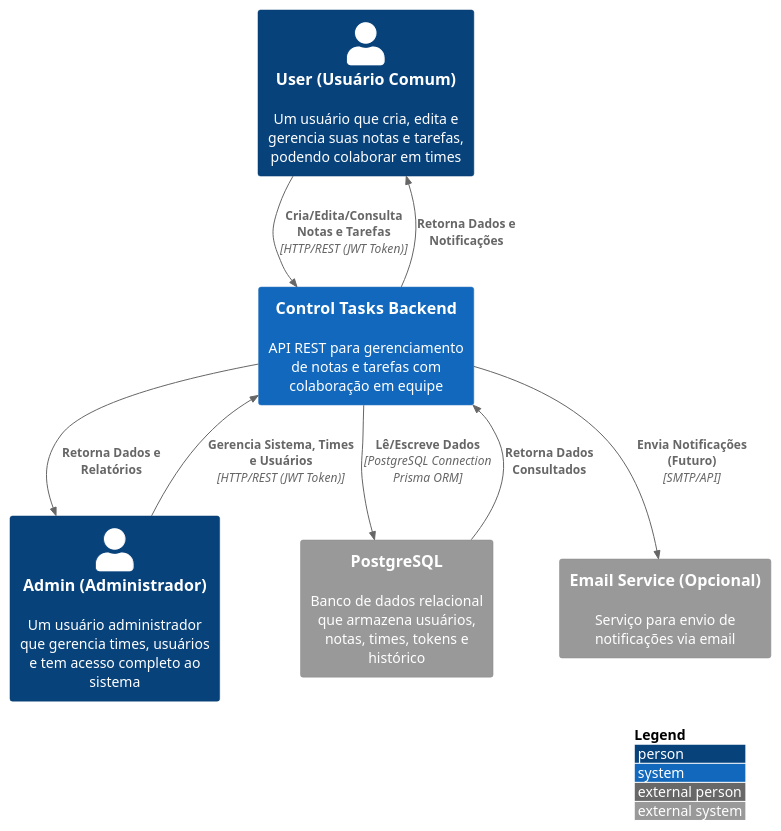
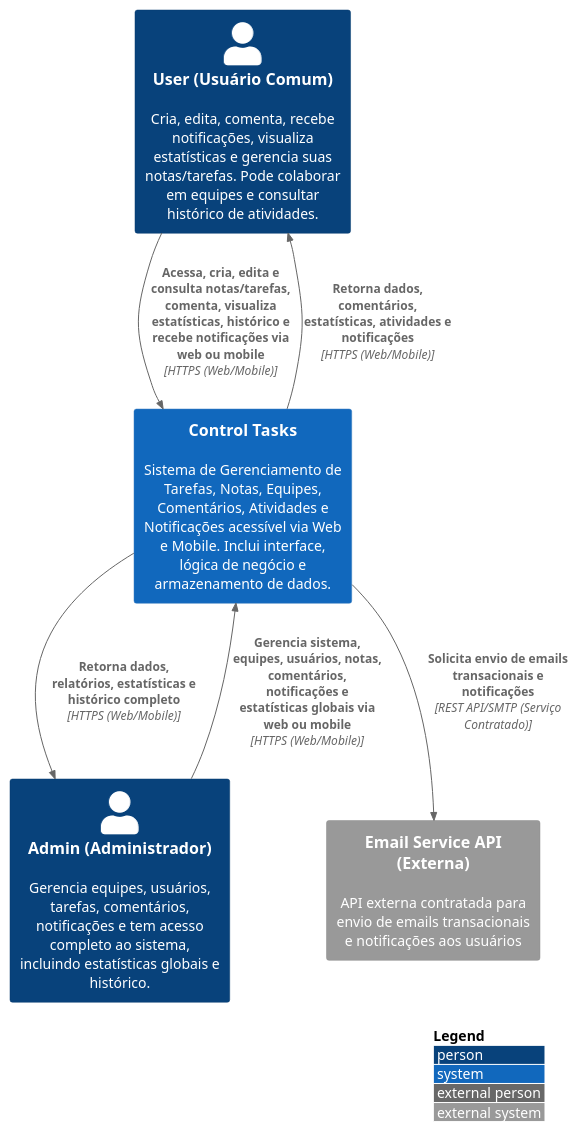
The diagram in diagramas c4/DIAGRAMA_C4_CONTEXTO.puml (juliocesarfs/tjgo-projeto-software), drawn with PlantUML before and after one commit.

Commit message:
docs: update C4 context diagram with detailed descriptions for users and systems

```diff
--- a/diagramas c4/DIAGRAMA_C4_CONTEXTO.puml
+++ b/diagramas c4/DIAGRAMA_C4_CONTEXTO.puml
@@ -1,53 +1,58 @@
 @startuml C4_Context_ControlTasks
 
 !include https://raw.githubusercontent.com/plantuml-stdlib/C4-PlantUML/master/C4_Context.puml
 
 ' ============================================================================
 ' SYSTEM CONTEXT DIAGRAM - Level 1
-' Control Tasks Backend - Sistema de Gerenciamento de Notas e Tarefas
+' Control Tasks - Sistema de Gerenciamento de Tarefas, Notas, Equipes, Comentários, Atividades e Notificações (Web e Mobile)
 ' ============================================================================
 
 LAYOUT_WITH_LEGEND()
 
 ' ============================================================================
 ' ATORES / USUÁRIOS
 ' ============================================================================
-Person(userPerson, "User (Usuário Comum)", "Um usuário que cria, edita e gerencia suas notas e tarefas, podendo colaborar em times")
+Person(userPerson, "User (Usuário Comum)", "Cria, edita, comenta, recebe notificações, visualiza estatísticas e gerencia suas notas/tarefas. Pode colaborar em equipes e consultar histórico de atividades.")
 
-Person(adminPerson, "Admin (Administrador)", "Um usuário administrador que gerencia times, usuários e tem acesso completo ao sistema")
+Person(adminPerson, "Admin (Administrador)", "Gerencia equipes, usuários, tarefas, comentários, notificações e tem acesso completo ao sistema, incluindo estatísticas globais e histórico.")
+
+
+
 
 ' ============================================================================
 ' SISTEMA PRINCIPAL
 ' ============================================================================
-System(controlTasksAPI, "Control Tasks Backend", "API REST para gerenciamento de notas e tarefas com colaboração em equipe")
+System(controlTasks, "Control Tasks", "Sistema de Gerenciamento de Tarefas, Notas, Equipes, Comentários, Atividades e Notificações acessível via Web e Mobile. Inclui interface, lógica de negócio e armazenamento de dados.")
 
 ' ============================================================================
 ' BANCO DE DADOS
 ' ============================================================================
-System_Ext(postgresDB, "PostgreSQL", "Banco de dados relacional que armazena usuários, notas, times, tokens e histórico")
+
 
 ' ============================================================================
 ' SISTEMAS EXTERNOS (FUTURO)
 ' ============================================================================
-System_Ext(emailService, "Email Service (Opcional)", "Serviço para envio de notificações via email")
+System_Ext(emailService, "Email Service API (Externa)", "API externa contratada para envio de emails transacionais e notificações aos usuários")
 
 ' ============================================================================
 ' RELACIONAMENTOS
 ' ============================================================================
 
+
+
+
+
 ' Usuário comum
-Rel(userPerson, controlTasksAPI, "Cria/Edita/Consulta Notas e Tarefas", "HTTP/REST (JWT Token)")
-Rel(controlTasksAPI, userPerson, "Retorna Dados e Notificações")
+Rel(userPerson, controlTasks, "Acessa, cria, edita e consulta notas/tarefas, comenta, visualiza estatísticas, histórico e recebe notificações via web ou mobile", "HTTPS (Web/Mobile)")
+Rel(controlTasks, userPerson, "Retorna dados, comentários, estatísticas, atividades e notificações", "HTTPS (Web/Mobile)")
 
 ' Admin
-Rel(adminPerson, controlTasksAPI, "Gerencia Sistema, Times e Usuários", "HTTP/REST (JWT Token)")
-Rel(controlTasksAPI, adminPerson, "Retorna Dados e Relatórios")
+Rel(adminPerson, controlTasks, "Gerencia sistema, equipes, usuários, notas, comentários, notificações e estatísticas globais via web ou mobile", "HTTPS (Web/Mobile)")
+Rel(controlTasks, adminPerson, "Retorna dados, relatórios, estatísticas e histórico completo", "HTTPS (Web/Mobile)")
 
-' API com Database
-Rel(controlTasksAPI, postgresDB, "Lê/Escreve Dados", "PostgreSQL Connection\nPrisma ORM")
-Rel(postgresDB, controlTasksAPI, "Retorna Dados Consultados")
 
-' API com Email (futuro)
-Rel_D(controlTasksAPI, emailService, "Envia Notificações\n(Futuro)", "SMTP/API")
+
+' Integração com Email
+Rel(controlTasks, emailService, "Solicita envio de emails transacionais e notificações", "REST API/SMTP (Serviço Contratado)")
 
 @enduml
```
